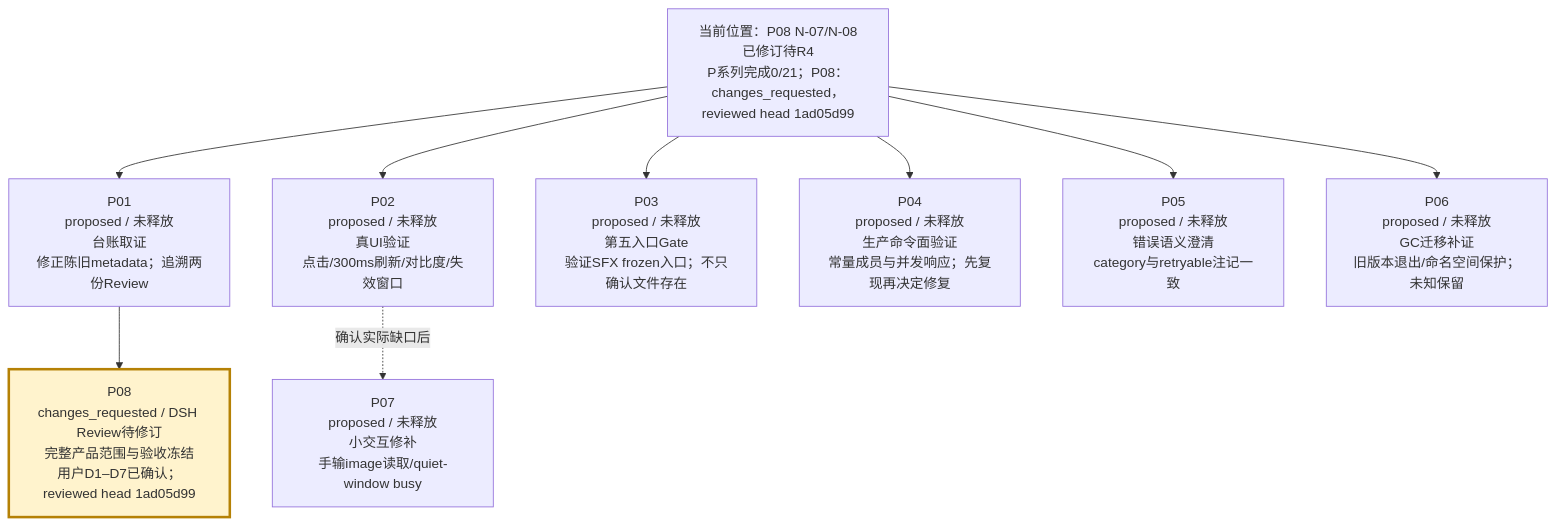
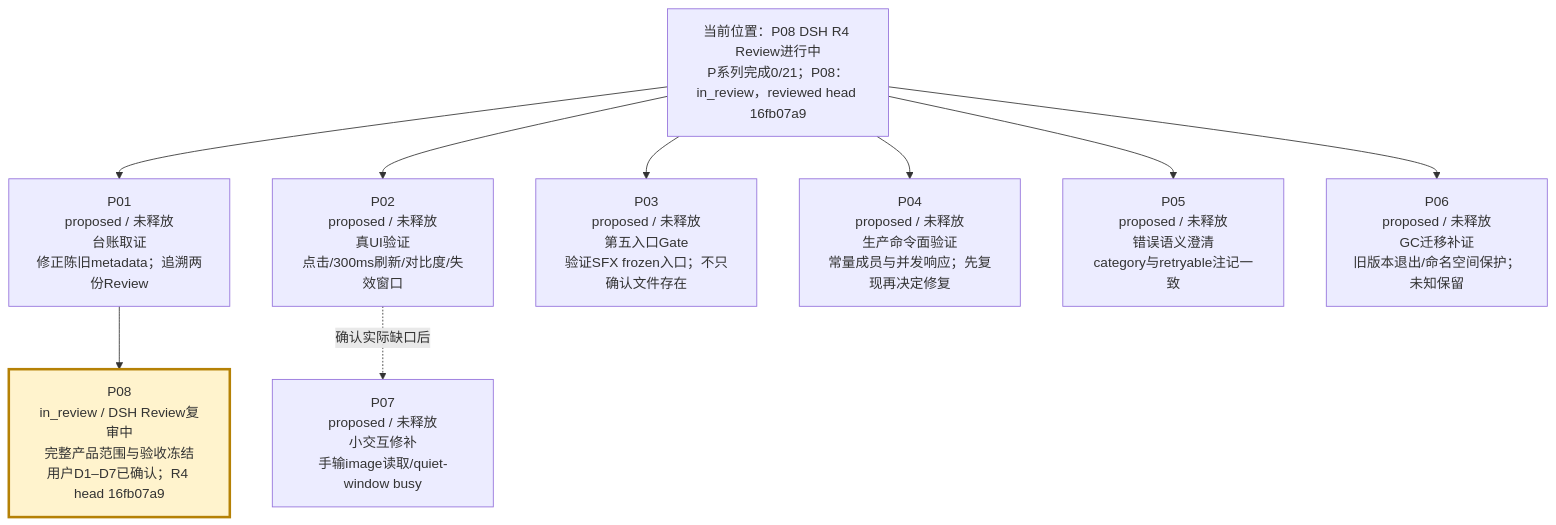
Before and after one commit to peakwheat-pixel/New-Manga: the second of 4 diagrams in verification/PROJECT-ROADMAP-20261008/ROADMAP.md, drawn with Mermaid. The commit also changed other lines of this file and 11 other files, not shown here.

````diff
--- a/verification/PROJECT-ROADMAP-20261008/ROADMAP.md
+++ b/verification/PROJECT-ROADMAP-20261008/ROADMAP.md
@@ -30,12 +30,12 @@
 ```mermaid
 flowchart TB
-  BASE["当前位置：P08 N-07/N-08已修订待R4<br/>P系列完成0/21；P08：changes_requested，reviewed head 1ad05d99"] --> P01["P01<br/>proposed / 未释放<br/>台账取证<br/>修正陈旧metadata；追溯两份Review"]
+  BASE["当前位置：P08 DSH R4 Review进行中<br/>P系列完成0/21；P08：in_review，reviewed head 16fb07a9"] --> P01["P01<br/>proposed / 未释放<br/>台账取证<br/>修正陈旧metadata；追溯两份Review"]
   BASE --> P02["P02<br/>proposed / 未释放<br/>真UI验证<br/>点击/300ms刷新/对比度/失效窗口"]
   BASE --> P03["P03<br/>proposed / 未释放<br/>第五入口Gate<br/>验证SFX frozen入口；不只确认文件存在"]
   BASE --> P04["P04<br/>proposed / 未释放<br/>生产命令面验证<br/>常量成员与并发响应；先复现再决定修复"]
   BASE --> P05["P05<br/>proposed / 未释放<br/>错误语义澄清<br/>category与retryable注记一致"]
   BASE --> P06["P06<br/>proposed / 未释放<br/>GC迁移补证<br/>旧版本退出/命名空间保护；未知保留"]
   P02 -. "确认实际缺口后" .-> P07["P07<br/>proposed / 未释放<br/>小交互修补<br/>手输image读取/quiet-window busy"]
-  P01 --> P08["P08<br/>changes_requested / DSH Review待修订<br/>完整产品范围与验收冻结<br/>用户D1–D7已确认；reviewed head 1ad05d99"]
+  P01 --> P08["P08<br/>in_review / DSH Review复审中<br/>完整产品范围与验收冻结<br/>用户D1–D7已确认；R4 head 16fb07a9"]
   style P08 fill:#fff3cd,stroke:#b58105,stroke-width:3px
 ```
````
